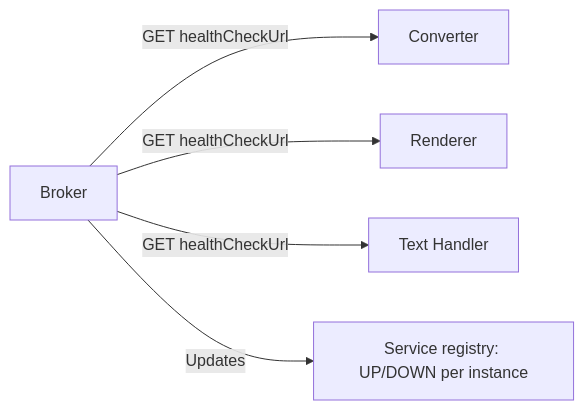
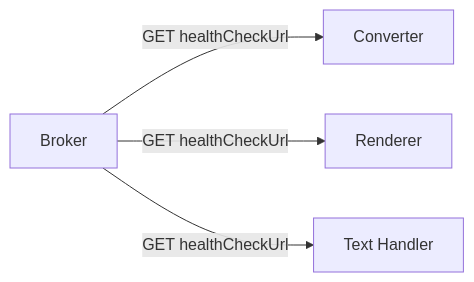
One commit to Uxopian/uxodocs changed the diagram in docs/arender/operations/monitoring.md. Above: the diagram before and after it, drawn with Mermaid. The commit also changed other lines of this file and 8 other files, not shown here.

````diff
--- a/docs/arender/operations/monitoring.md
+++ b/docs/arender/operations/monitoring.md
@@ -288,7 +288,6 @@
 ```mermaid
 graph LR
     SB[Broker] -->|GET healthCheckUrl| DC[Converter]
     SB -->|GET healthCheckUrl| DR[Renderer]
     SB -->|GET healthCheckUrl| DT[Text Handler]
-    SB -->|Updates| MH[Service registry: UP/DOWN per instance]
 ```
````
